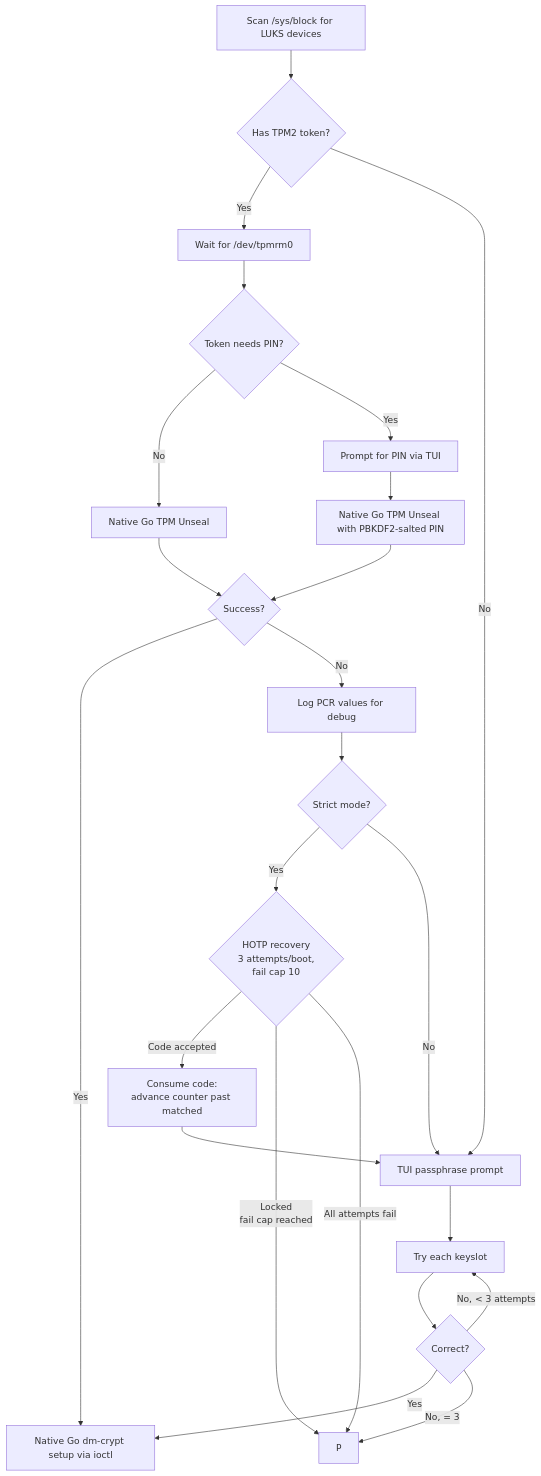
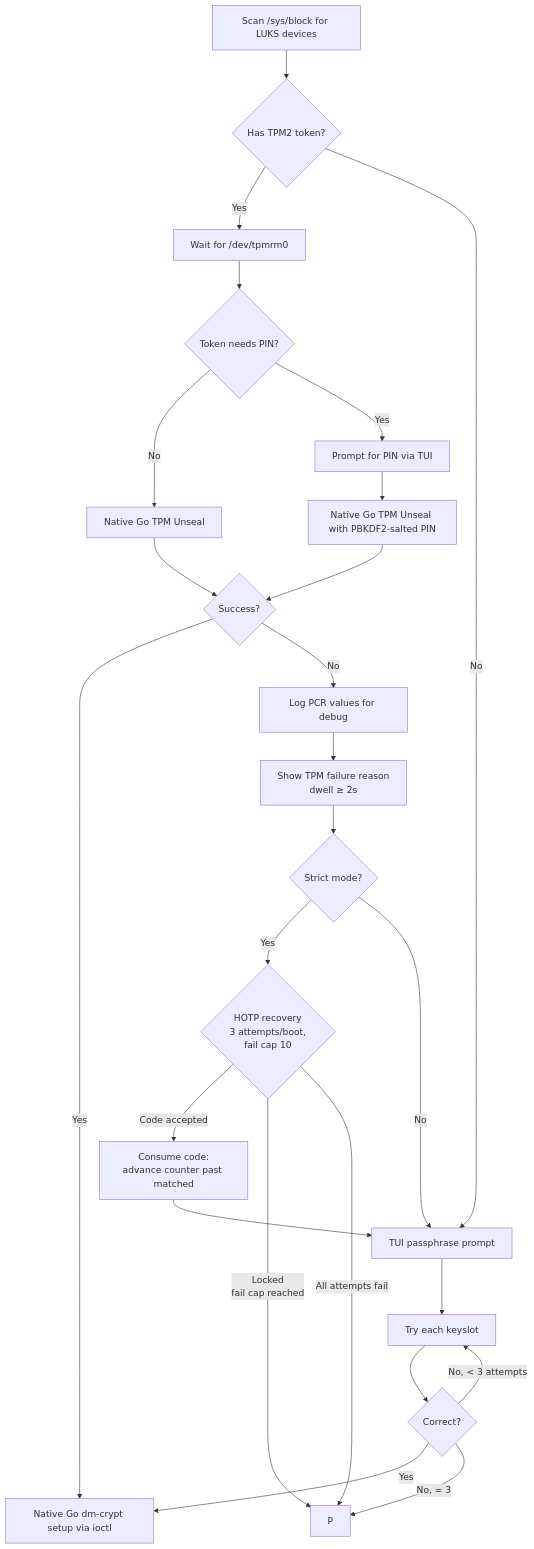
One commit to zaolin/vanguard changed the fifth of 11 diagrams in docs/boot-flow.md. Above: the diagram before and after it, drawn with Mermaid. The commit also changed other lines of this file and 89 other files, not shown here.

````diff
--- a/docs/boot-flow.md
+++ b/docs/boot-flow.md
@@ -139,32 +139,33 @@
 ```mermaid
 flowchart TD
     A[Scan /sys/block for LUKS devices] --> D{Has TPM2 token?}
 
     D -->|Yes| E[Wait for /dev/tpmrm0]
     D -->|No| K
 
     E --> F{Token needs PIN?}
     F -->|No| G[Native Go TPM Unseal]
     F -->|Yes| H[Prompt for PIN via TUI]
     H --> I[Native Go TPM Unseal with PBKDF2-salted PIN]
 
     G --> J{Success?}
     I --> J
 
     J -->|Yes| L[Native Go dm-crypt setup via ioctl]
     J -->|No| M[Log PCR values for debug]
-    M --> StrictCheck{Strict mode?}
+    M --> M2[Show TPM failure reason<br/>dwell ≥ 2s]
+    M2 --> StrictCheck{Strict mode?}
     StrictCheck -->|Yes| R{HOTP recovery<br/>3 attempts/boot,<br/>fail cap 10}
     StrictCheck -->|No| K[TUI passphrase prompt]
 
     R -->|Code accepted| S[Consume code:<br/>advance counter past matched]
     S --> K
     R -->|Locked<br/>fail cap reached| P
     R -->|All attempts fail| P
 
     K --> N[Try each keyslot]
     N --> O{Correct?}
     O -->|Yes| L
     O -->|No, < 3 attempts| N
     O -->|No, = 3| P
 ```
````
